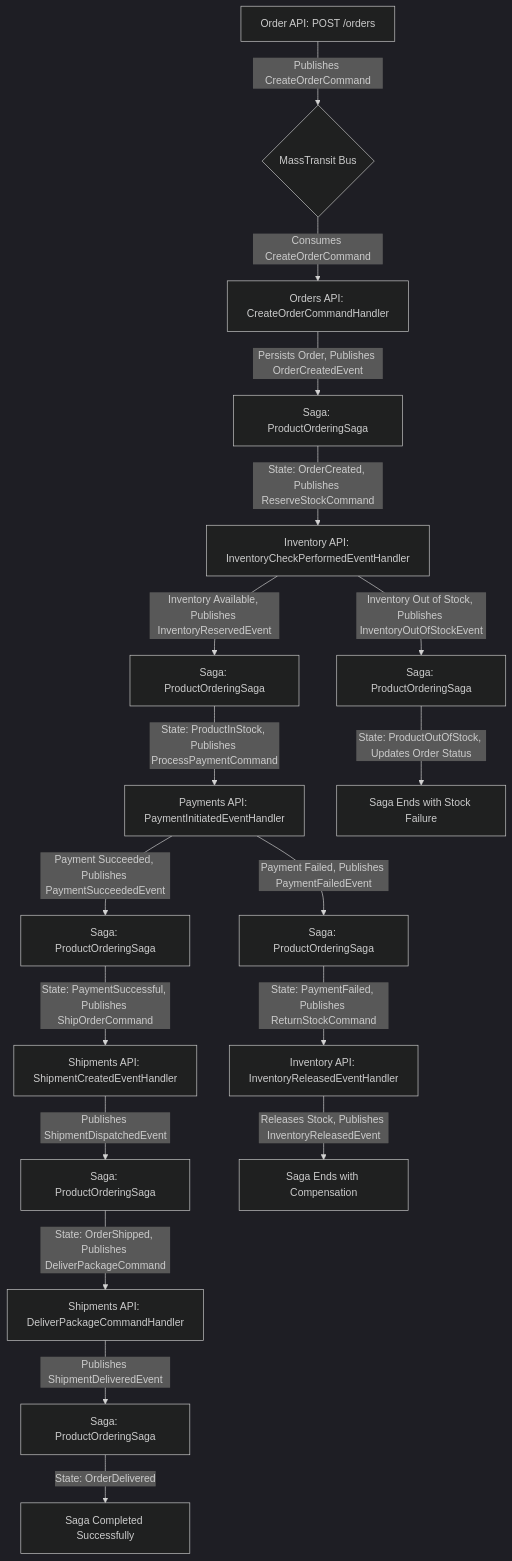
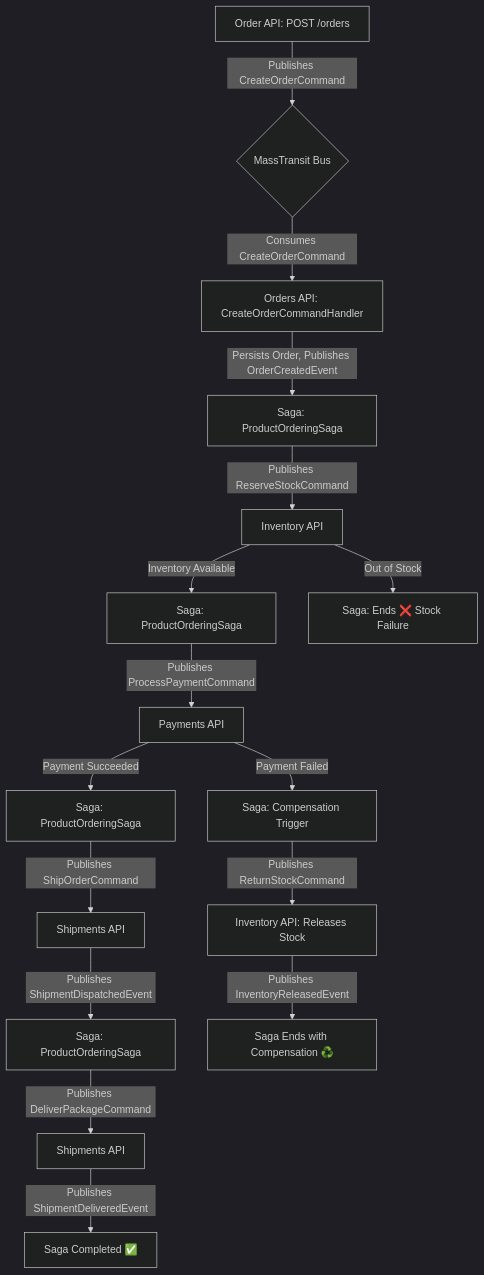
The diagram in README.md (wellingtonmacena/dotnet-state-machine-saga-pattern), drawn with Mermaid (dark theme) before and after one commit. The commit also changed other lines of this file, not shown here.

`````diff
--- a/README.md
+++ b/README.md
@@ -70,26 +67,23 @@
 ```mermaid
 graph TD
     A[Order API: POST /orders] -->|Publishes CreateOrderCommand| B{MassTransit Bus}
     B -->|Consumes CreateOrderCommand| C[Orders API: CreateOrderCommandHandler]
     C -->|Persists Order, Publishes OrderCreatedEvent| D[Saga: ProductOrderingSaga]
-    D -->|State: OrderCreated, Publishes ReserveStockCommand| E[Inventory API: InventoryCheckPerformedEventHandler]
+    D -->|Publishes ReserveStockCommand| E[Inventory API]
     
-    E -->|Inventory Available, Publishes InventoryReservedEvent| F[Saga: ProductOrderingSaga]
-    F -->|State: ProductInStock, Publishes ProcessPaymentCommand| G[Payments API: PaymentInitiatedEventHandler]
+    E -->|Inventory Available| F[Saga: ProductOrderingSaga]
+    F -->|Publishes ProcessPaymentCommand| G[Payments API]
     
-    G -->|Payment Succeeded, Publishes PaymentSucceededEvent| H[Saga: ProductOrderingSaga]
-    H -->|State: PaymentSuccessful, Publishes ShipOrderCommand| I[Shipments API: ShipmentCreatedEventHandler]
+    G -->|Payment Succeeded| H[Saga: ProductOrderingSaga]
+    H -->|Publishes ShipOrderCommand| I[Shipments API]
     
     I -->|Publishes ShipmentDispatchedEvent| J[Saga: ProductOrderingSaga]
-    J -->|State: OrderShipped, Publishes DeliverPackageCommand| K[Shipments API: DeliverPackageCommandHandler]
-    
-    K -->|Publishes ShipmentDeliveredEvent| L[Saga: ProductOrderingSaga]
-    L -->|State: OrderDelivered| Z[Saga Completed Successfully]
+    J -->|Publishes DeliverPackageCommand| K[Shipments API]
+    K -->|Publishes ShipmentDeliveredEvent| L[Saga Completed ✅]
 
-    E -->|Inventory Out of Stock, Publishes InventoryOutOfStockEvent| M[Saga: ProductOrderingSaga]
-    M -->|State: ProductOutOfStock, Updates Order Status| N[Saga Ends with Stock Failure]
-
-    G -->|Payment Failed, Publishes PaymentFailedEvent| O[Saga: ProductOrderingSaga]
-    O -->|State: PaymentFailed, Publishes ReturnStockCommand| P[Inventory API: InventoryReleasedEventHandler]
-    P -->|Releases Stock, Publishes InventoryReleasedEvent| Q[Saga Ends with Compensation]
+    %% Failures
+    E -->|Out of Stock| M[Saga: Ends ❌ Stock Failure]
+    G -->|Payment Failed| N[Saga: Compensation Trigger]
+    N -->|Publishes ReturnStockCommand| O[Inventory API: Releases Stock]
+    O -->|Publishes InventoryReleasedEvent| P[Saga Ends with Compensation ♻️]
 ````
`````
